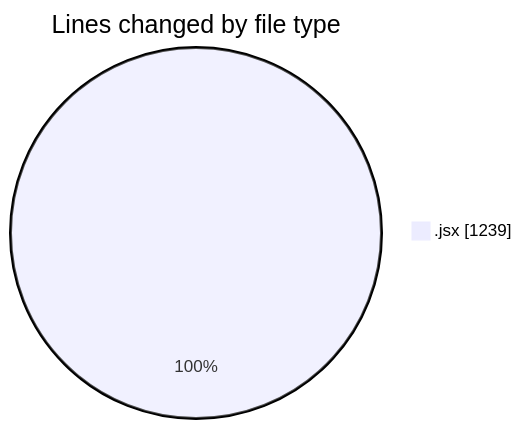
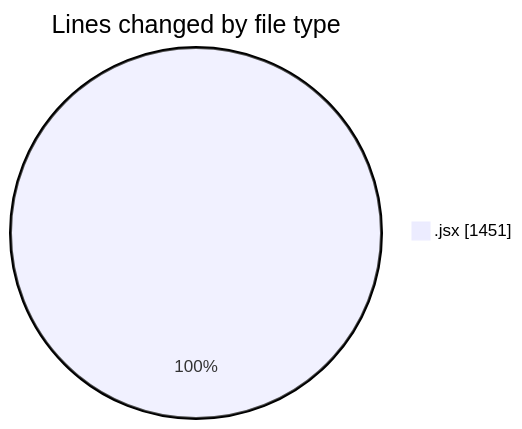
One commit to nxtqubesakshisongat/code-tracking changed the first of 2 diagrams in 2025-08-22/nxtqube_webapp/README.md. Above: the diagram before and after it, drawn with Mermaid. The commit also changed other lines of this file and 1 other file, not shown here.

````diff
--- a/2025-08-22/nxtqube_webapp/README.md
+++ b/2025-08-22/nxtqube_webapp/README.md
@@ -20,5 +20,5 @@
 ```mermaid
 pie showData
 title Lines changed by file type
-".jsx" : 1239
+".jsx" : 1451
 ```
````
